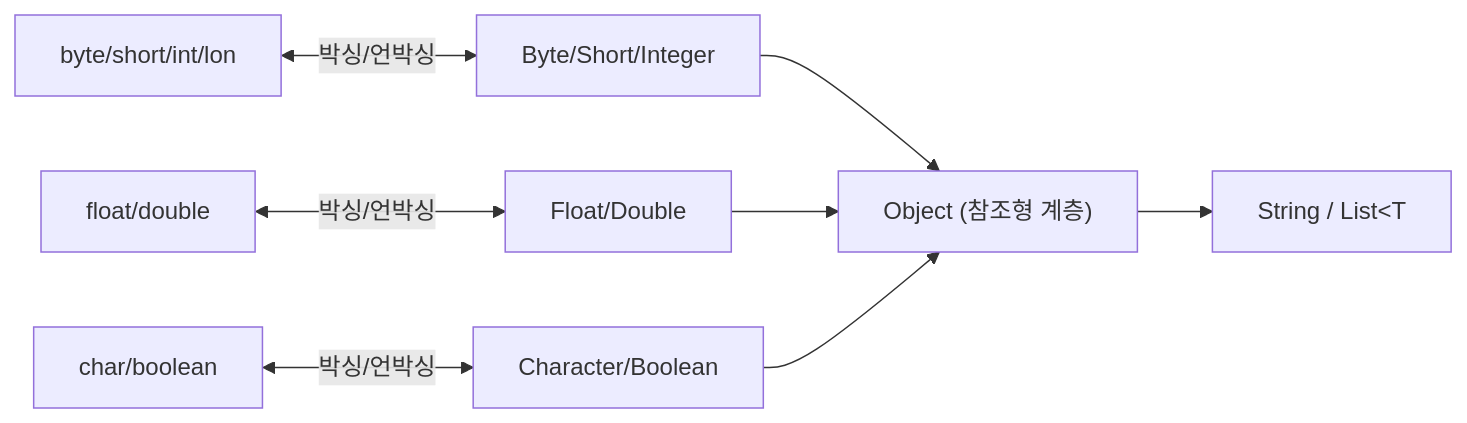
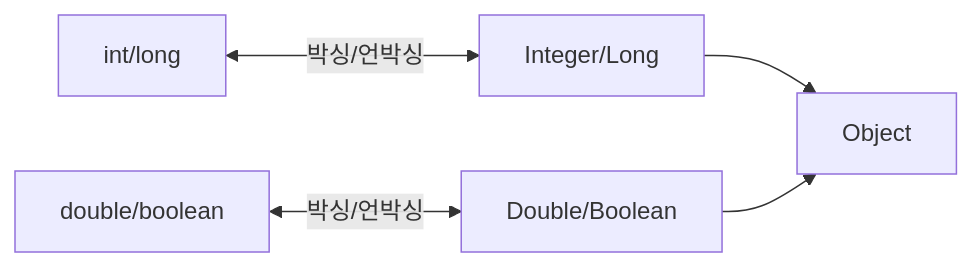
The first of 4 diagrams in _posts/java/2026-05-01-java-wrapper-class.md (yjkim2015/yjkim2015.github.io), drawn with Mermaid before and after one commit. The commit also changed 163 other files, not shown here.

First line of the commit message:
Mermaid 300개 블록 내용 축소: 5노드 5엣지 이하, 의미 있는 약어

````diff
--- a/_posts/java/2026-05-01-java-wrapper-class.md
+++ b/_posts/java/2026-05-01-java-wrapper-class.md
@@ -22,10 +22,6 @@
 ```mermaid
 graph LR
-    P1["byte/short/int/lon"] <-->|"박싱/언박싱"| W1["Byte/Short/Integer"]
-    P2["float/double"] <-->|"박싱/언박싱"| W2["Float/Double"]
-    P3["char/boolean"] <-->|"박싱/언박싱"| W3["Character/Boolean"]
-    W1 --> OBJ["Object (참조형 계층)"]
-    W2 --> OBJ
-    W3 --> OBJ
-    OBJ --> REF["String / List&lt;T"]
+    P1["int/long"] <-->|박싱/언박싱| W1["Integer/Long"]
+    P2["double/boolean"] <-->|박싱/언박싱| W2["Double/Boolean"]
+    W1 & W2 --> OBJ["Object"]
 ```
````
